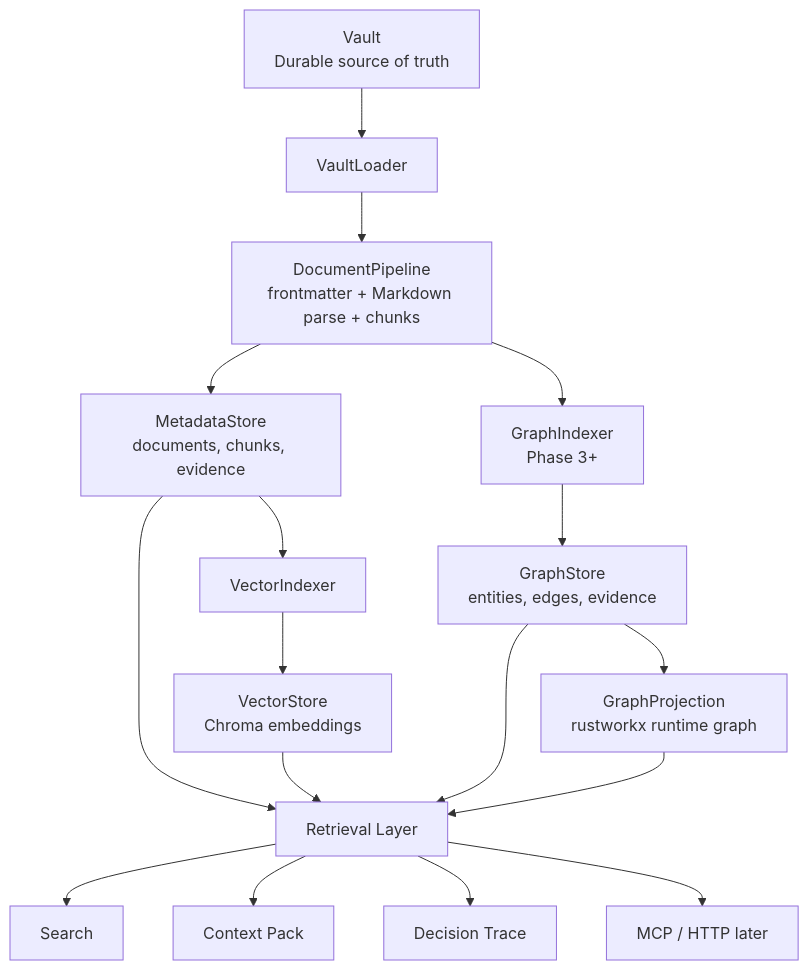
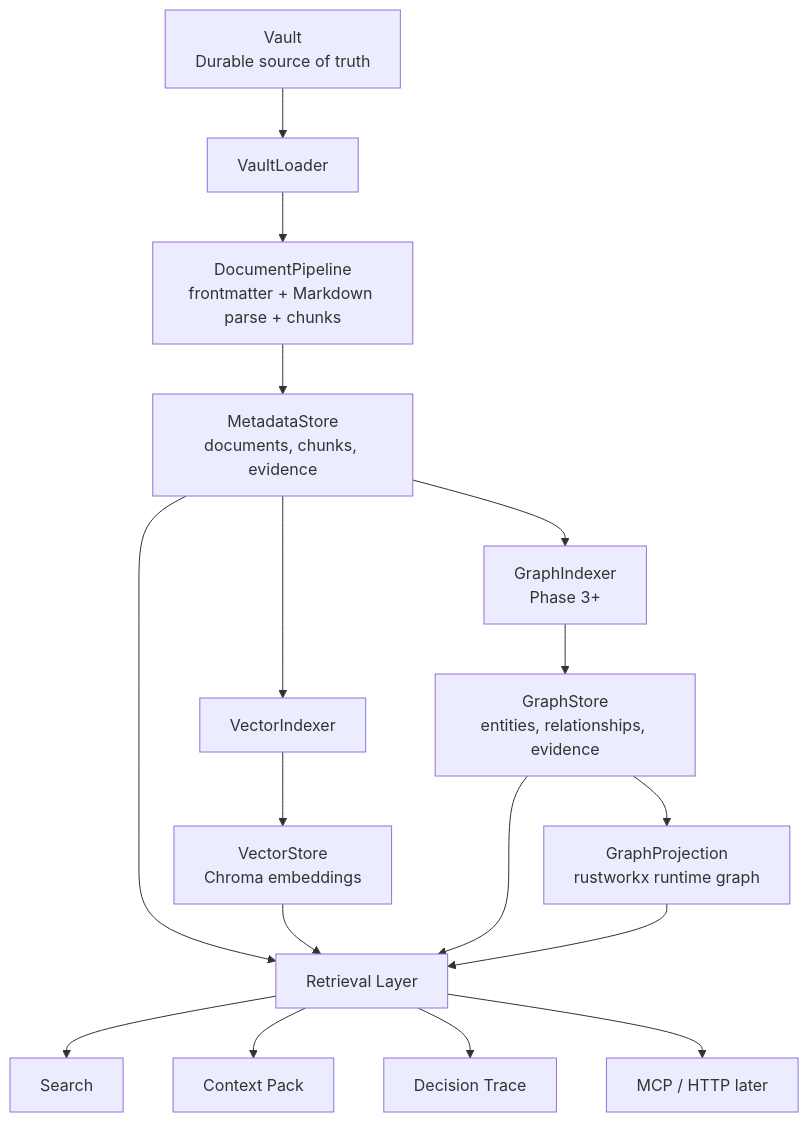
The first of 2 diagrams in docs/SEARCH_ARCHITECTURE.md (cutehackers/vault-graph), drawn with Mermaid before and after one commit. The commit also changed other lines of this file and 9 other files, not shown here.

Commit message:
docs(phase-3): define graph design slices

````diff
--- a/docs/SEARCH_ARCHITECTURE.md
+++ b/docs/SEARCH_ARCHITECTURE.md
@@ -27,23 +27,23 @@
 ```mermaid
 flowchart TD
   Vault["Vault<br/>Durable source of truth"] --> Loader["VaultLoader"]
   Loader --> Pipeline["DocumentPipeline<br/>frontmatter + Markdown parse + chunks"]
 
   Pipeline --> Metadata["MetadataStore<br/>documents, chunks, evidence"]
   Metadata --> VectorIndexer["VectorIndexer"]
   VectorIndexer --> VectorStore["VectorStore<br/>Chroma embeddings"]
 
-  Pipeline --> GraphIndexer["GraphIndexer<br/>Phase 3+"]
-  GraphIndexer --> GraphStore["GraphStore<br/>entities, edges, evidence"]
+  Metadata --> GraphIndexer["GraphIndexer<br/>Phase 3+"]
+  GraphIndexer --> GraphStore["GraphStore<br/>entities, relationships, evidence"]
   GraphStore --> GraphProjection["GraphProjection<br/>rustworkx runtime graph"]
 
   Metadata --> Retrieval["Retrieval Layer"]
   VectorStore --> Retrieval
   GraphStore --> Retrieval
   GraphProjection --> Retrieval
 
   Retrieval --> Search["Search"]
   Retrieval --> ContextPack["Context Pack"]
   Retrieval --> DecisionTrace["Decision Trace"]
   Retrieval --> MCP["MCP / HTTP later"]
 ```
````
